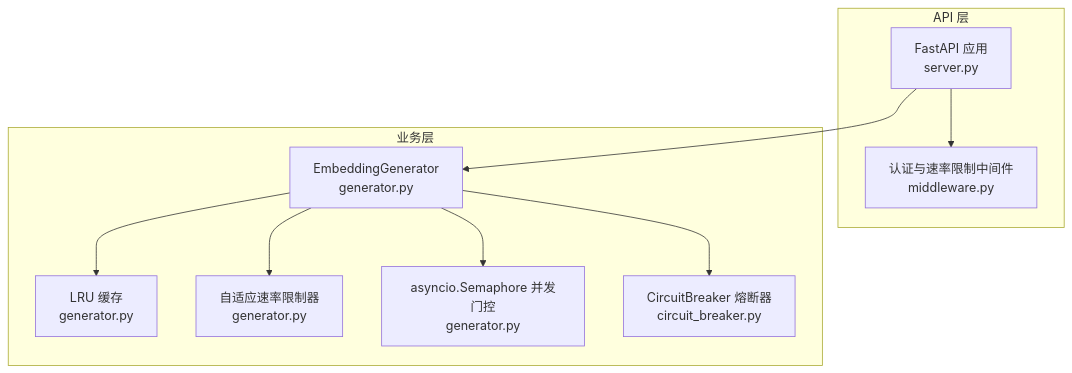
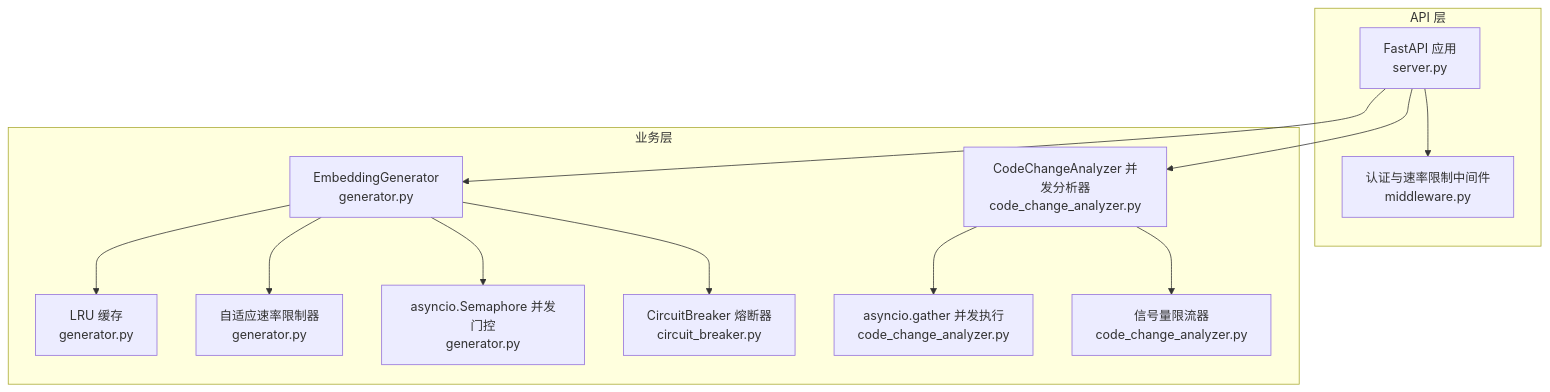
Before and after one commit to boyingliu01/fault-review-analyzer: the first of 8 diagrams in .qoder/repowiki/zh/content/LLM集成模块/性能优化策略/并发控制机制/并发控制机制.md, drawn with Mermaid. The commit also changed other lines of this file and 125 other files, not shown here.

````diff
--- a/.qoder/repowiki/zh/content/LLM集成模块/性能优化策略/并发控制机制/并发控制机制.md
+++ b/.qoder/repowiki/zh/content/LLM集成模块/性能优化策略/并发控制机制/并发控制机制.md
@@ -41,18 +51,24 @@
 ```mermaid
 graph TB
 subgraph "API 层"
 A["FastAPI 应用<br/>server.py"] --> B["认证与速率限制中间件<br/>middleware.py"]
 end
 subgraph "业务层"
 C["EmbeddingGenerator<br/>generator.py"]
 D["LRU 缓存<br/>generator.py"]
 E["自适应速率限制器<br/>generator.py"]
 F["asyncio.Semaphore 并发门控<br/>generator.py"]
 G["CircuitBreaker 熔断器<br/>circuit_breaker.py"]
+H["CodeChangeAnalyzer 并发分析器<br/>code_change_analyzer.py"]
+I["asyncio.gather 并发执行<br/>code_change_analyzer.py"]
+J["信号量限流器<br/>code_change_analyzer.py"]
 end
 A --> C
+A --> H
 C --> D
 C --> E
 C --> F
 C --> G
+H --> I
+H --> J
 ```
````
